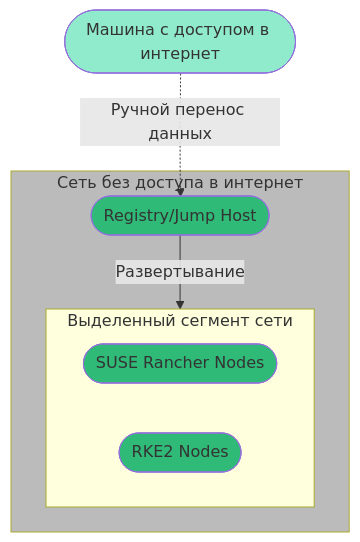
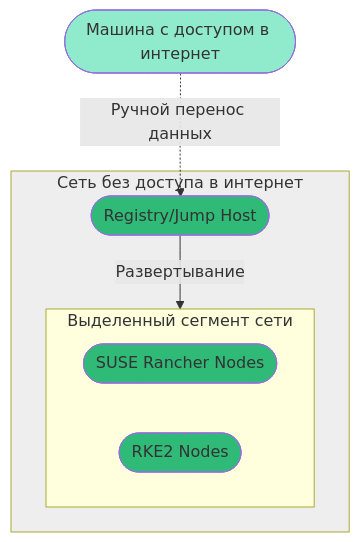
Before and after one commit to ppzhukov/airgap-10.2022: the diagram in README.md, drawn with Mermaid.

````diff
--- a/README.md
+++ b/README.md
@@ -5,19 +5,19 @@
 ```mermaid
 flowchart TB
 style id1 fill:#90EBCD
 style id2 fill:#30BA78
 style id3 fill:#30BA78
 style id4 fill:#30BA78
-style d10 fill:#BBBBBB
+style d10 fill:#EEEEEE
 
   id1([Машина с доступом в интернет])
   id1 -.Ручной перенос данных.-> id2  
   subgraph d10 ["Сеть без доступа в интернет"]
     id2(["Registry/Jump Host"])
     id2 --> |Развертывание| d30
     subgraph d30 ["Выделенный сегмент сети"]
       id3([SUSE Rancher Nodes])
       id4([RKE2 Nodes])
     end
   end
 ```
````
